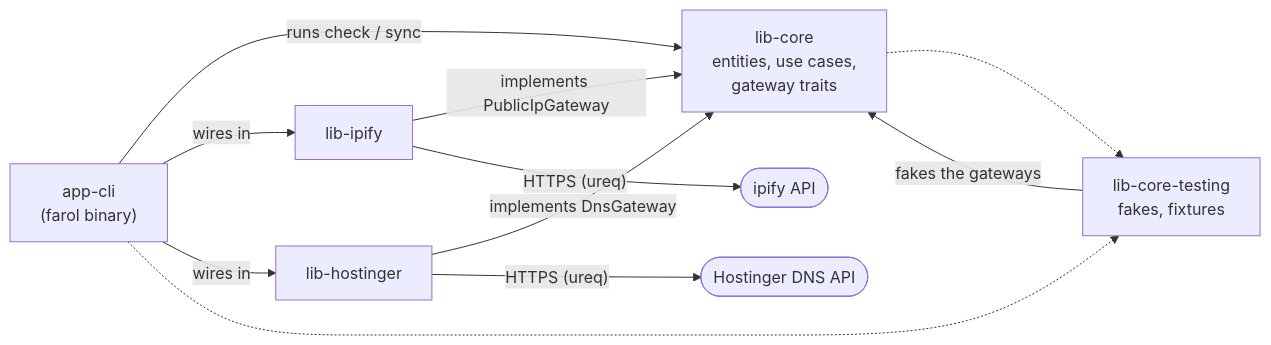
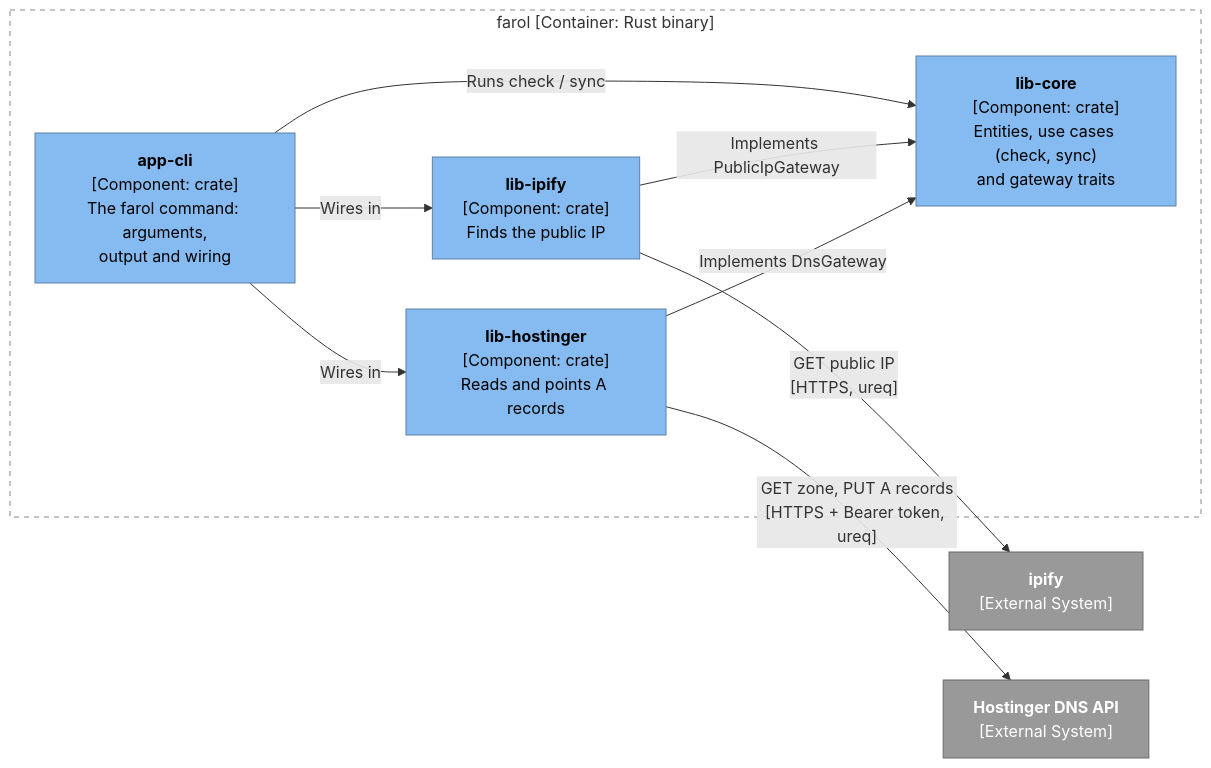
The third of 3 diagrams in README.md (GabrielVander/farol), drawn with Mermaid before and after one commit. The commit also changed other lines of this file, not shown here.

Commit message:
(docs) Redraw the crate diagram as a C4 component diagram

````diff
--- a/README.md
+++ b/README.md
@@ -197,21 +197,26 @@
 ```mermaid
 flowchart LR
-    cli["app-cli<br/>(farol binary)"]
-    core["lib-core<br/>entities, use cases,<br/>gateway traits"]
-    ipify["lib-ipify"]
-    hostinger["lib-hostinger"]
-    testing["lib-core-testing<br/>fakes, fixtures"]
-    ipifyApi(["ipify API"])
-    hostingerApi(["Hostinger DNS API"])
+    subgraph binary["farol [Container: Rust binary]"]
+        cli["<b>app-cli</b><br/>[Component: crate]<br/>The farol command: arguments,<br/>output and wiring"]
+        core["<b>lib-core</b><br/>[Component: crate]<br/>Entities, use cases (check, sync)<br/>and gateway traits"]
+        ipify["<b>lib-ipify</b><br/>[Component: crate]<br/>Finds the public IP"]
+        hostinger["<b>lib-hostinger</b><br/>[Component: crate]<br/>Reads and points A records"]
+    end
 
-    cli -- "runs check / sync" --> core
-    cli -- "wires in" --> ipify
-    cli -- "wires in" --> hostinger
-    ipify -- "implements PublicIpGateway" --> core
-    hostinger -- "implements DnsGateway" --> core
-    testing -- "fakes the gateways" --> core
-    core -.-> testing
-    cli -.-> testing
-    ipify -- "HTTPS (ureq)" --> ipifyApi
-    hostinger -- "HTTPS (ureq)" --> hostingerApi
+    ipifyApi["<b>ipify</b><br/>[External System]"]
+    hostingerApi["<b>Hostinger DNS API</b><br/>[External System]"]
+
+    cli -- "Runs check / sync" --> core
+    cli -- "Wires in" --> ipify
+    cli -- "Wires in" --> hostinger
+    ipify -- "Implements PublicIpGateway" --> core
+    hostinger -- "Implements DnsGateway" --> core
+    ipify -- "GET public IP<br/>[HTTPS, ureq]" --> ipifyApi
+    hostinger -- "GET zone, PUT A records<br/>[HTTPS + Bearer token, ureq]" --> hostingerApi
+
+    classDef component fill:#85bbf0,stroke:#5d82a8,color:#000
+    classDef external fill:#999,stroke:#6b6b6b,color:#fff
+    class cli,core,ipify,hostinger component
+    class ipifyApi,hostingerApi external
+    style binary fill:none,stroke:#888,stroke-dasharray:5 5
 ```
````
